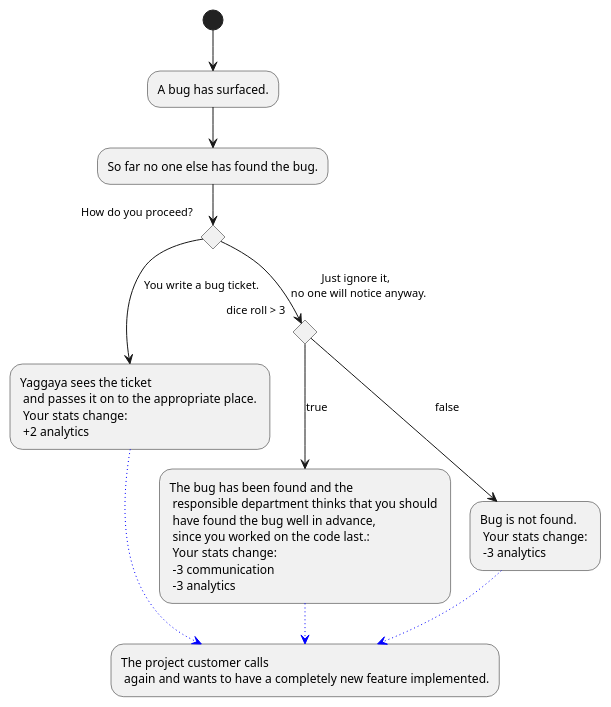
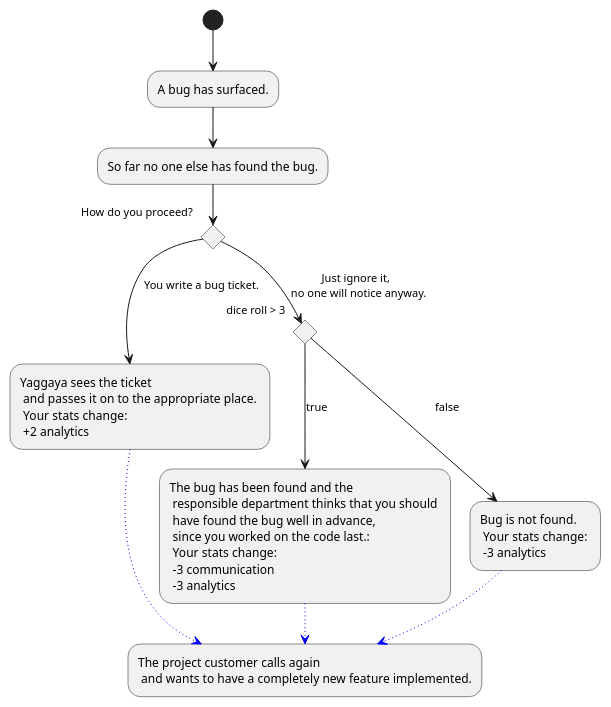
The diagram in Docs/Technical Specifications/docs/diagrams/StoryFlow/StoryFlow_Decision_11.puml (Brotenko/QualityQuest), drawn with PlantUML before and after one commit. The commit also changed 11 other files, not shown here.

```diff
--- a/Docs/Technical Specifications/docs/diagrams/StoryFlow/StoryFlow_Decision_11.puml
+++ b/Docs/Technical Specifications/docs/diagrams/StoryFlow/StoryFlow_Decision_11.puml
@@ -1,16 +1,16 @@
 @startuml
 (*) --> "A bug has surfaced."
 --> "So far no one else has found the bug."
 if "How do you proceed?" then 
---> [You write a bug ticket.] "Yaggaya sees the ticket \n and passes it on to the appropriate place. \n Your stats change: \n +2 analytics" as y
+--> [You write a bug ticket.] "Yaggaya sees the ticket \n and passes it on to the appropriate place. \n Your stats change: \n +2 analytics" as bugTicket
 else
 --> [Just ignore it, \n no one will notice anyway.] if "dice roll > 3" then
---> [true] "The bug has been found and the \n responsible department thinks that you should \n have found the bug well in advance, \n since you worked on the code last.: \n Your stats change: \n -3 communication \n -3 analytics" as p
+--> [true] "The bug has been found and the \n responsible department thinks that you should \n have found the bug well in advance, \n since you worked on the code last.: \n Your stats change: \n -3 communication \n -3 analytics" as badEnd
 
 else
 --> [false] "Bug is not found. \n Your stats change: \n -3 analytics"
--[#blue,dotted]-> "The project customer calls \n again and wants to have a completely new feature implemented." as f 
+-[#blue,dotted]-> "The project customer calls again \n and wants to have a completely new feature implemented." as nextDecision 
 endif
-p -[#blue,dotted]-> f
-y -[#blue,dotted]-> f
+badEnd -[#blue,dotted]-> nextDecision
+bugTicket -[#blue,dotted]-> nextDecision
 @enduml
```
